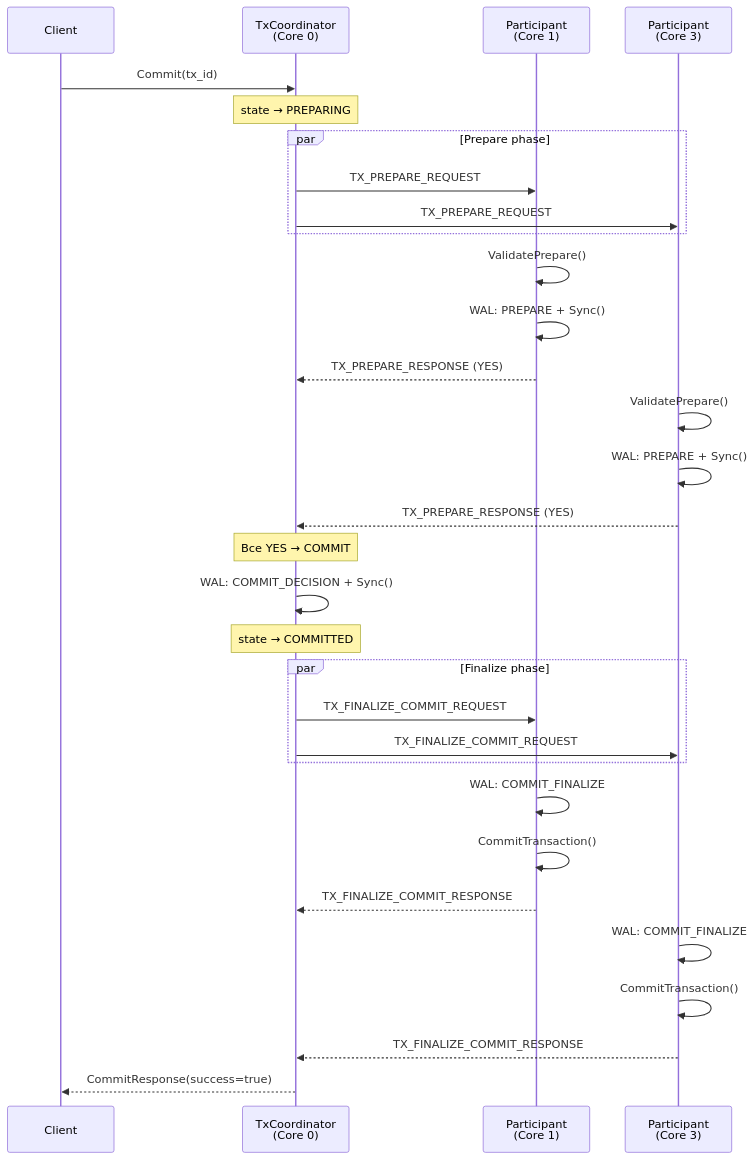
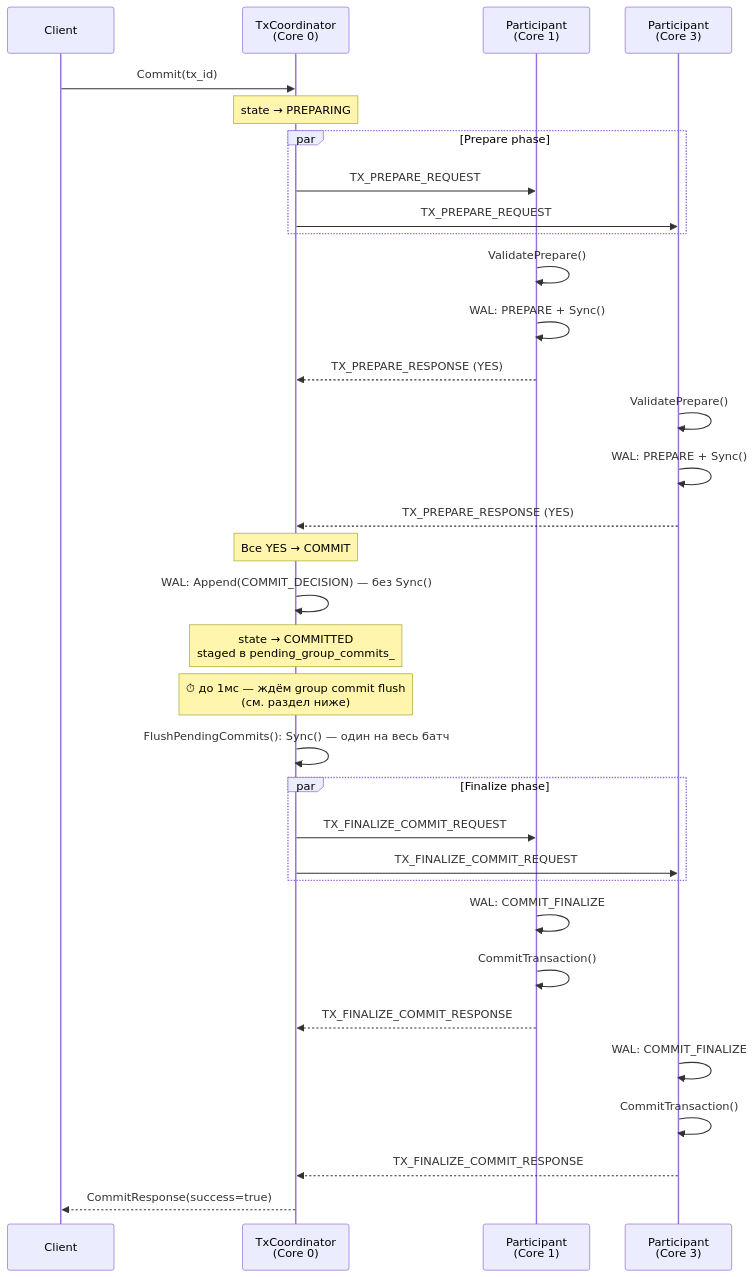
The second of 5 diagrams in wiki/Transaction-TxCoordinator.md (usename-Poezd/podb), drawn with Mermaid before and after one commit. The commit also changed other lines of this file and 4 other files, not shown here.

````diff
--- a/wiki/Transaction-TxCoordinator.md
+++ b/wiki/Transaction-TxCoordinator.md
@@ -86,42 +94,44 @@
 ```mermaid
 sequenceDiagram
     participant C as Client
     participant TC as TxCoordinator<br/>(Core 0)
     participant P1 as Participant<br/>(Core 1)
     participant P2 as Participant<br/>(Core 3)
 
     C->>TC: Commit(tx_id)
     Note over TC: state → PREPARING
 
     par Prepare phase
         TC->>P1: TX_PREPARE_REQUEST
         TC->>P2: TX_PREPARE_REQUEST
     end
 
     P1->>P1: ValidatePrepare()
     P1->>P1: WAL: PREPARE + Sync()
     P1-->>TC: TX_PREPARE_RESPONSE (YES)
 
     P2->>P2: ValidatePrepare()
     P2->>P2: WAL: PREPARE + Sync()
     P2-->>TC: TX_PREPARE_RESPONSE (YES)
 
     Note over TC: Все YES → COMMIT
-    TC->>TC: WAL: COMMIT_DECISION + Sync()
-    Note over TC: state → COMMITTED
+    TC->>TC: WAL: Append(COMMIT_DECISION) — без Sync()
+    Note over TC: state → COMMITTED<br/>staged в pending_group_commits_
+    Note over TC: ⏱ до 1мс — ждём group commit flush<br/>(см. раздел ниже)
+    TC->>TC: FlushPendingCommits(): Sync() — один на весь батч
 
     par Finalize phase
         TC->>P1: TX_FINALIZE_COMMIT_REQUEST
         TC->>P2: TX_FINALIZE_COMMIT_REQUEST
     end
 
     P1->>P1: WAL: COMMIT_FINALIZE
     P1->>P1: CommitTransaction()
     P1-->>TC: TX_FINALIZE_COMMIT_RESPONSE
 
     P2->>P2: WAL: COMMIT_FINALIZE
     P2->>P2: CommitTransaction()
     P2-->>TC: TX_FINALIZE_COMMIT_RESPONSE
 
     TC-->>C: CommitResponse(success=true)
 ```
````
